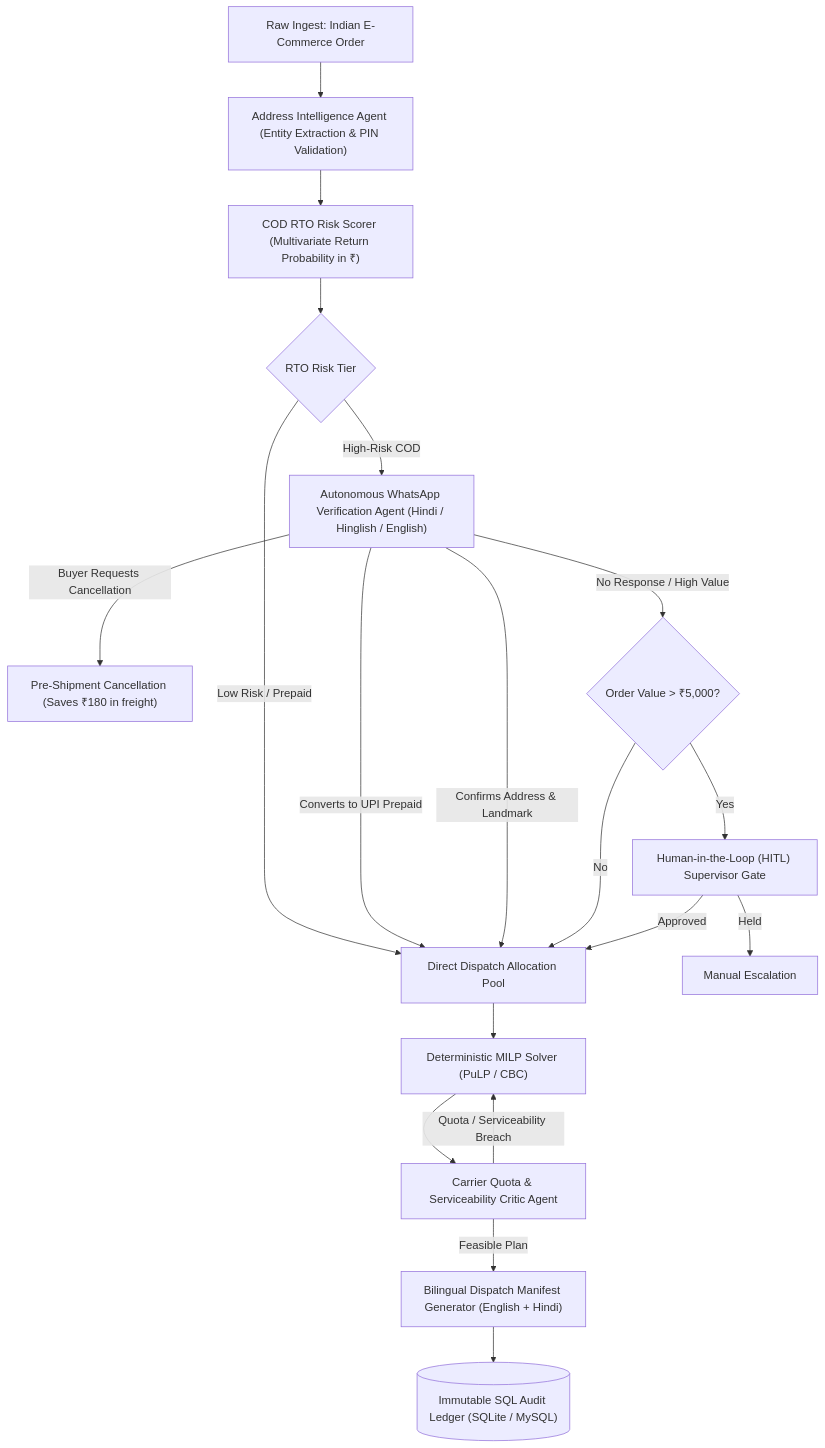
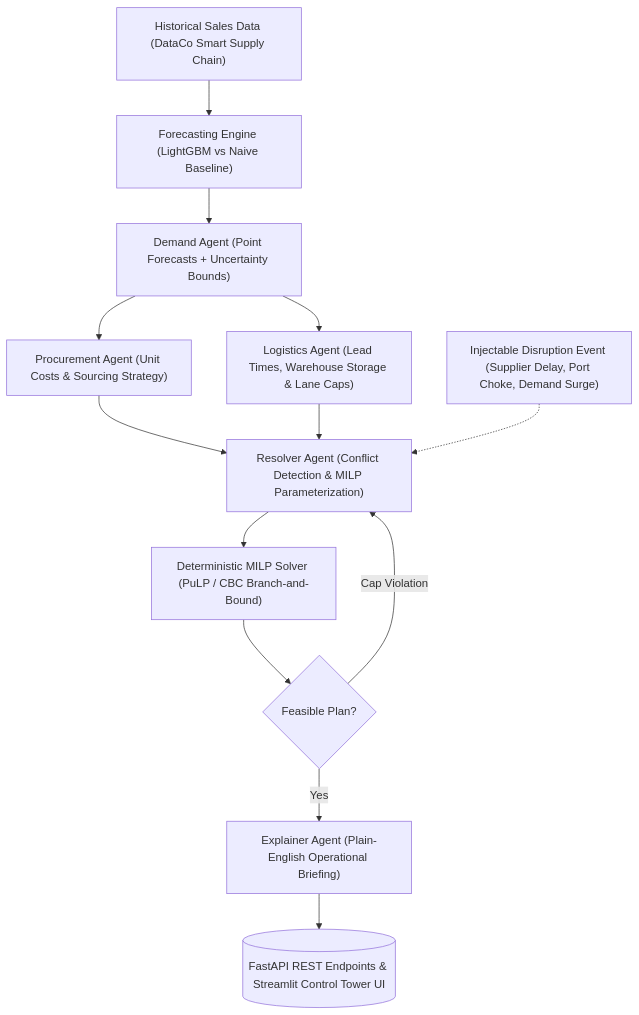
Before and after one commit to sounakss7/SCM_AGENTIC_WORKFLOW: the diagram in README.md, drawn with Mermaid. The commit also changed other lines of this file and 30 other files, not shown here.

Commit message:
feat: complete Multi-Echelon Supply Chain Control Tower with LightGBM forecasting, PuLP MILP solver, LangGraph agent negotiation, and N=200 benchmark

````diff
--- a/README.md
+++ b/README.md
@@ -29,21 +36,20 @@
 ```mermaid
 flowchart TD
-    A["Raw Ingest: Indian E-Commerce Order"] --> B["Address Intelligence Agent (Entity Extraction & PIN Validation)"]
-    B --> C["COD RTO Risk Scorer (Multivariate Return Probability in ₹)"]
-    C --> D{"RTO Risk Tier"}
-    D -- "Low Risk / Prepaid" --> E["Direct Dispatch Allocation Pool"]
-    D -- "High-Risk COD" --> F["Autonomous WhatsApp Verification Agent (Hindi / Hinglish / English)"]
-    F -- "Converts to UPI Prepaid" --> E
-    F -- "Confirms Address & Landmark" --> E
-    F -- "Buyer Requests Cancellation" --> G["Pre-Shipment Cancellation (Saves ₹180 in freight)"]
-    F -- "No Response / High Value" --> H{"Order Value > ₹5,000?"}
-    H -- "Yes" --> I["Human-in-the-Loop (HITL) Supervisor Gate"]
-    H -- "No" --> E
-    I -- "Approved" --> E
-    I -- "Held" --> J["Manual Escalation"]
-    E --> K["Deterministic MILP Solver (PuLP / CBC)"]
-    K --> L["Carrier Quota & Serviceability Critic Agent"]
-    L -- "Feasible Plan" --> M["Bilingual Dispatch Manifest Generator (English + Hindi)"]
-    L -- "Quota / Serviceability Breach" --> K
-    M --> N[("Immutable SQL Audit Ledger (SQLite / MySQL)")]
+    A["Historical Sales Data (DataCo Smart Supply Chain)"] --> B["Forecasting Engine (LightGBM vs Naive Baseline)"]
+    B --> C["Demand Agent (Point Forecasts + Uncertainty Bounds)"]
+    
+    C --> D["Procurement Agent (Unit Costs & Sourcing Strategy)"]
+    C --> E["Logistics Agent (Lead Times, Warehouse Storage & Lane Caps)"]
+    
+    D --> F["Resolver Agent (Conflict Detection & MILP Parameterization)"]
+    E --> F
+    
+    G["Injectable Disruption Event (Supplier Delay, Port Choke, Demand Surge)"] -.-> F
+    
+    F --> H["Deterministic MILP Solver (PuLP / CBC Branch-and-Bound)"]
+    H --> I{"Feasible Plan?"}
+    I -- "Yes" --> J["Explainer Agent (Plain-English Operational Briefing)"]
+    I -- "Cap Violation" --> F
+    
+    J --> K[("FastAPI REST Endpoints & Streamlit Control Tower UI")]
 ```
````
